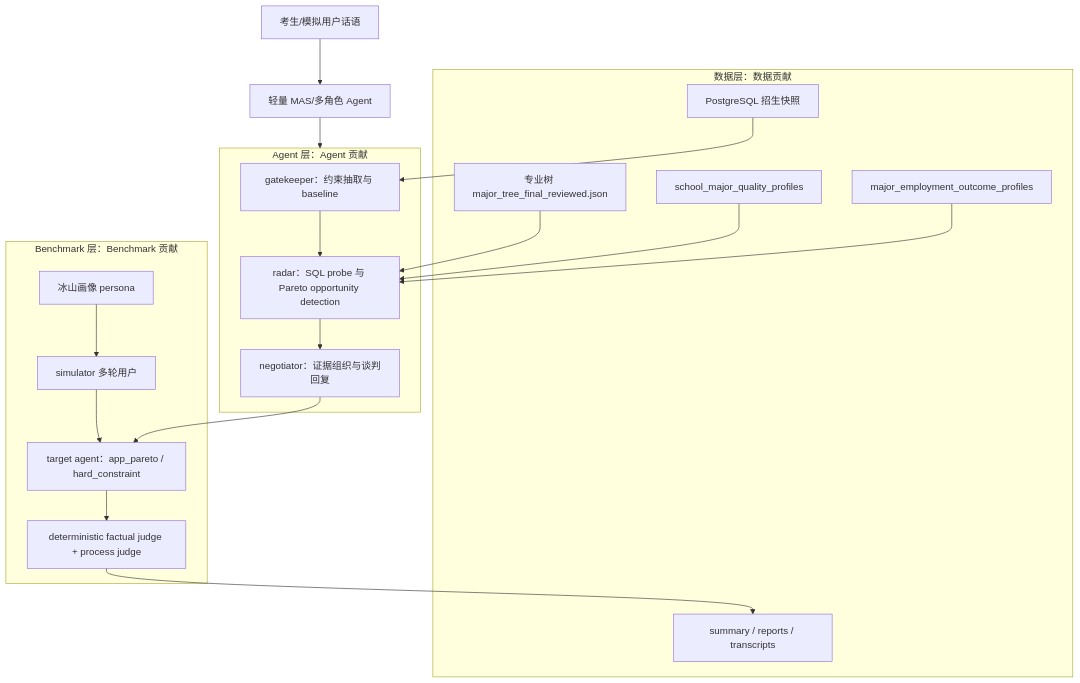
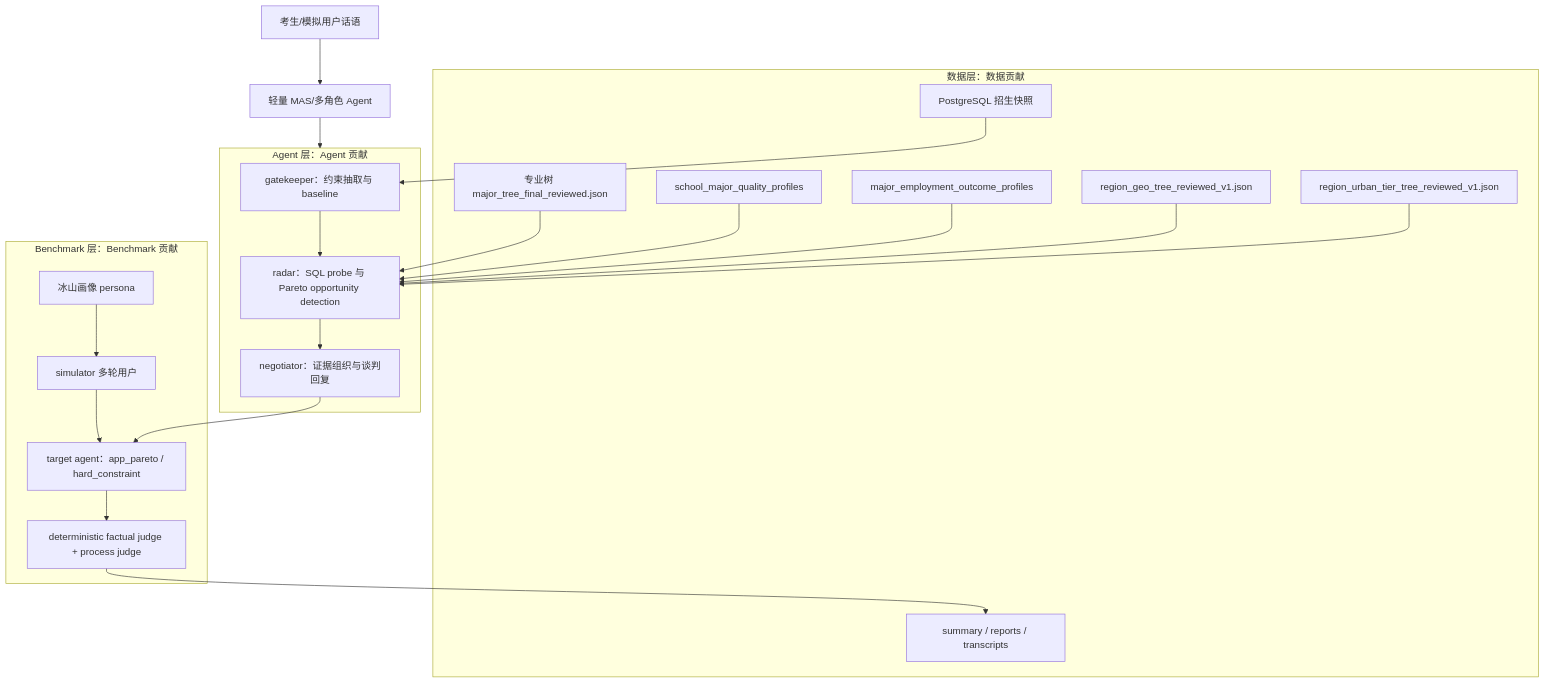
The first of 4 diagrams in gaokaollm_bench/outputs/thesis_figures_tables_pack.md (PZQ-ship-it/gaokaollm-v2), drawn with Mermaid before and after one commit. The commit also changed other lines of this file, not shown here.

Commit message:
feat:更新论文图表与算法表格素材包为七实验口径

````diff
--- a/gaokaollm_bench/outputs/thesis_figures_tables_pack.md
+++ b/gaokaollm_bench/outputs/thesis_figures_tables_pack.md
@@ -28,35 +28,39 @@
 ```mermaid
 flowchart TD
     U["考生/模拟用户话语"] --> A["轻量 MAS/多角色 Agent"]
 
     subgraph DATA["数据层：数据贡献"]
         D1["PostgreSQL 招生快照"]
         D2["专业树 major_tree_final_reviewed.json"]
         D3["school_major_quality_profiles"]
         D4["major_employment_outcome_profiles"]
-        D5["summary / reports / transcripts"]
+        D5["region_geo_tree_reviewed_v1.json"]
+        D6["region_urban_tier_tree_reviewed_v1.json"]
+        D7["summary / reports / transcripts"]
     end
 
     subgraph AGENT["Agent 层：Agent 贡献"]
         G["gatekeeper：约束抽取与 baseline"]
         R["radar：SQL probe 与 Pareto opportunity detection"]
         N["negotiator：证据组织与谈判回复"]
         G --> R --> N
     end
 
     subgraph BENCH["Benchmark 层：Benchmark 贡献"]
         P["冰山画像 persona"]
         S["simulator 多轮用户"]
         T["target agent：app_pareto / hard_constraint"]
         E["deterministic factual judge + process judge"]
         P --> S --> T --> E
     end
 
     D1 --> G
     D2 --> R
     D3 --> R
     D4 --> R
+    D5 --> R
+    D6 --> R
     A --> AGENT
     N --> T
-    E --> D5
+    E --> D7
 ```
````
